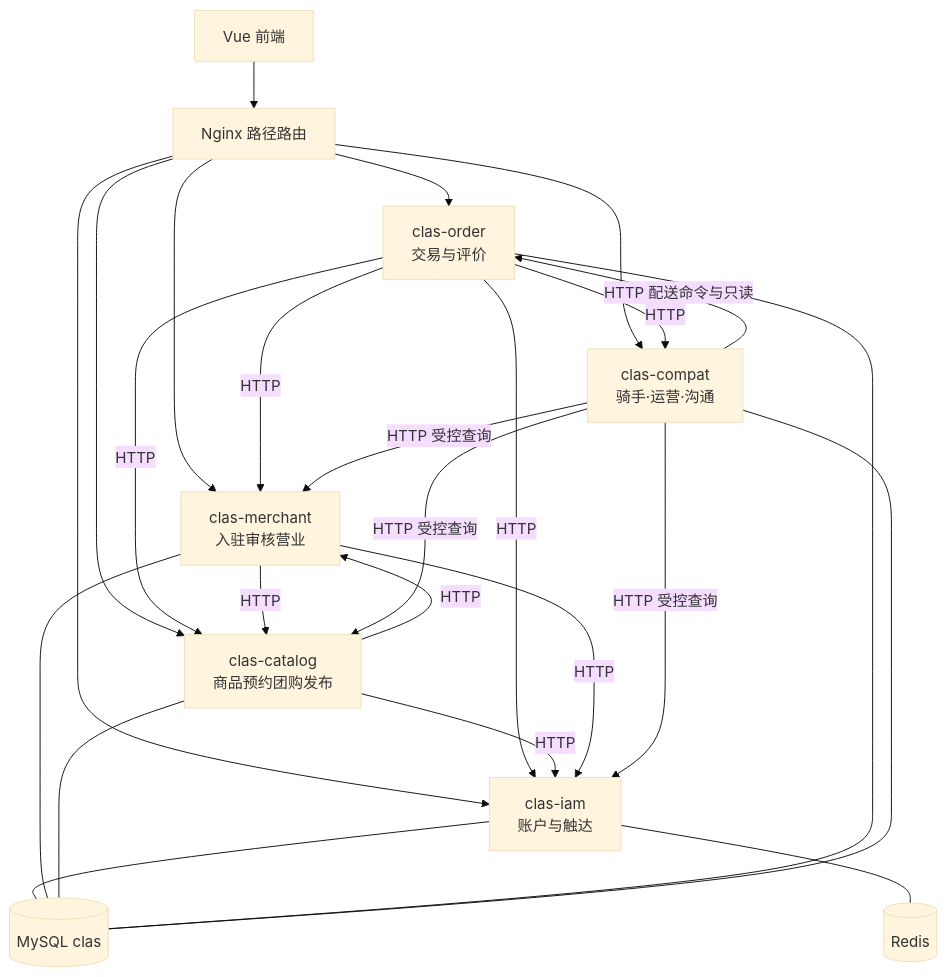
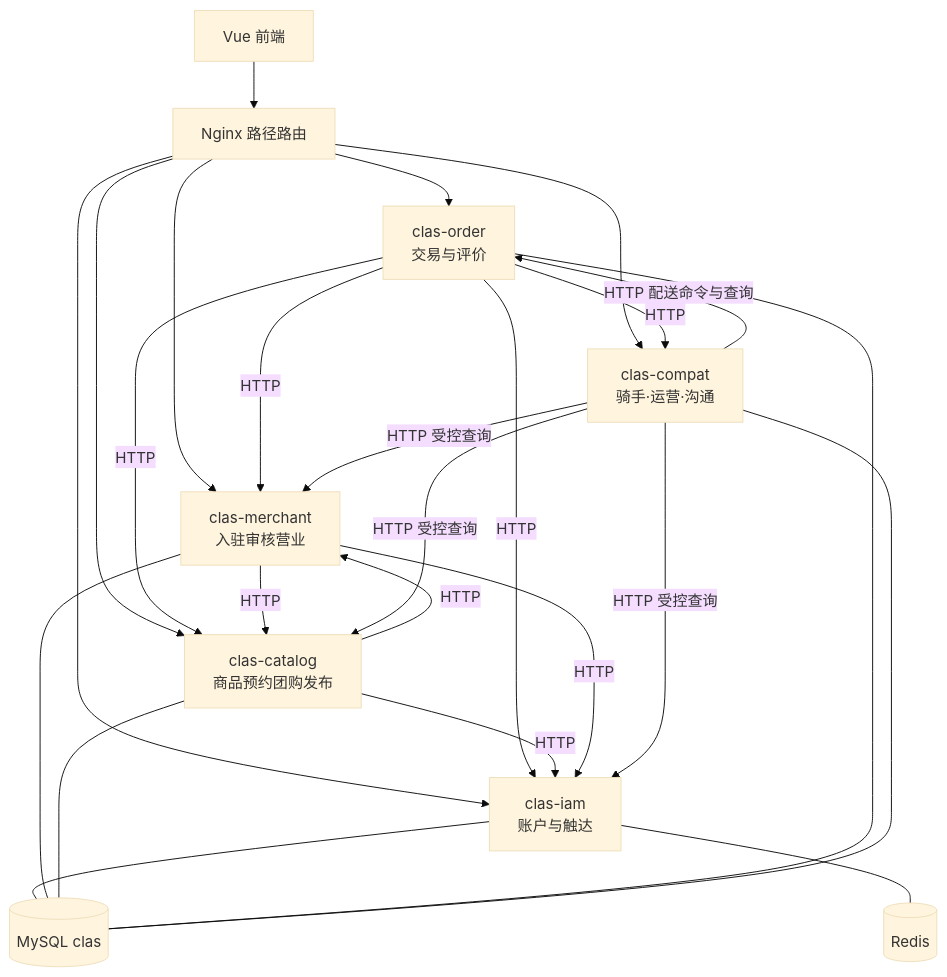
One commit to Amyjinru/CLAS changed the diagram in docs/三服务划分图.md. Above: the diagram before and after it, drawn with Mermaid (base theme). The commit also changed other lines of this file and 74 other files, not shown here.

````diff
--- a/docs/三服务划分图.md
+++ b/docs/三服务划分图.md
@@ -15,30 +16,30 @@
 ```mermaid
 flowchart TB
     FE[Vue 前端] --> NGX[Nginx 路径路由]
     NGX --> IAM[clas-iam<br/>账户与触达]
     NGX --> MCH[clas-merchant<br/>入驻审核营业]
     NGX --> CAT[clas-catalog<br/>商品预约团购发布]
     NGX --> ORD[clas-order<br/>交易与评价]
     NGX --> CMP[clas-compat<br/>骑手·运营·沟通]
 
     ORD -->|HTTP| MCH
     ORD -->|HTTP| CAT
     ORD -->|HTTP| IAM
     ORD -->|HTTP| CMP
     CAT -->|HTTP| MCH
     CAT -->|HTTP| IAM
     MCH -->|HTTP| IAM
     MCH -->|HTTP| CAT
     CMP -->|HTTP 受控查询| IAM
     CMP -->|HTTP 受控查询| MCH
     CMP -->|HTTP 受控查询| CAT
-    CMP -->|HTTP 配送命令与只读| ORD
+    CMP -->|HTTP 配送命令与查询| ORD
 
     IAM --- DB[(MySQL clas)]
     MCH --- DB
     CAT --- DB
     ORD --- DB
     CMP --- DB
 
     IAM --- R[(Redis)]
 ```
````
